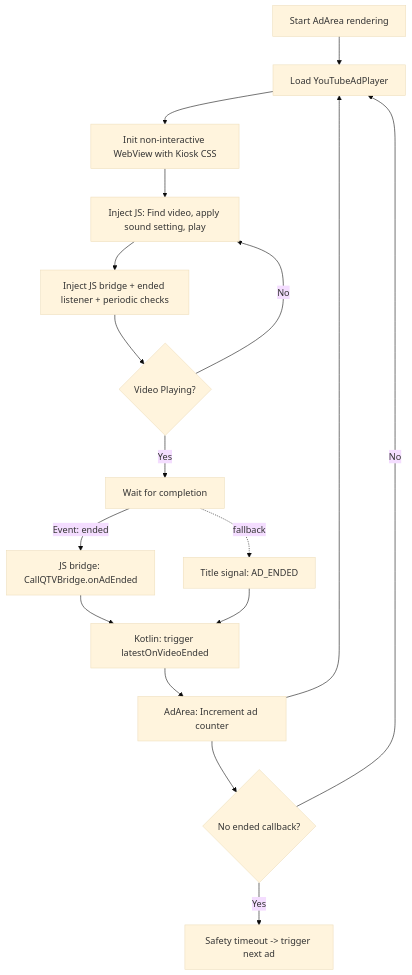
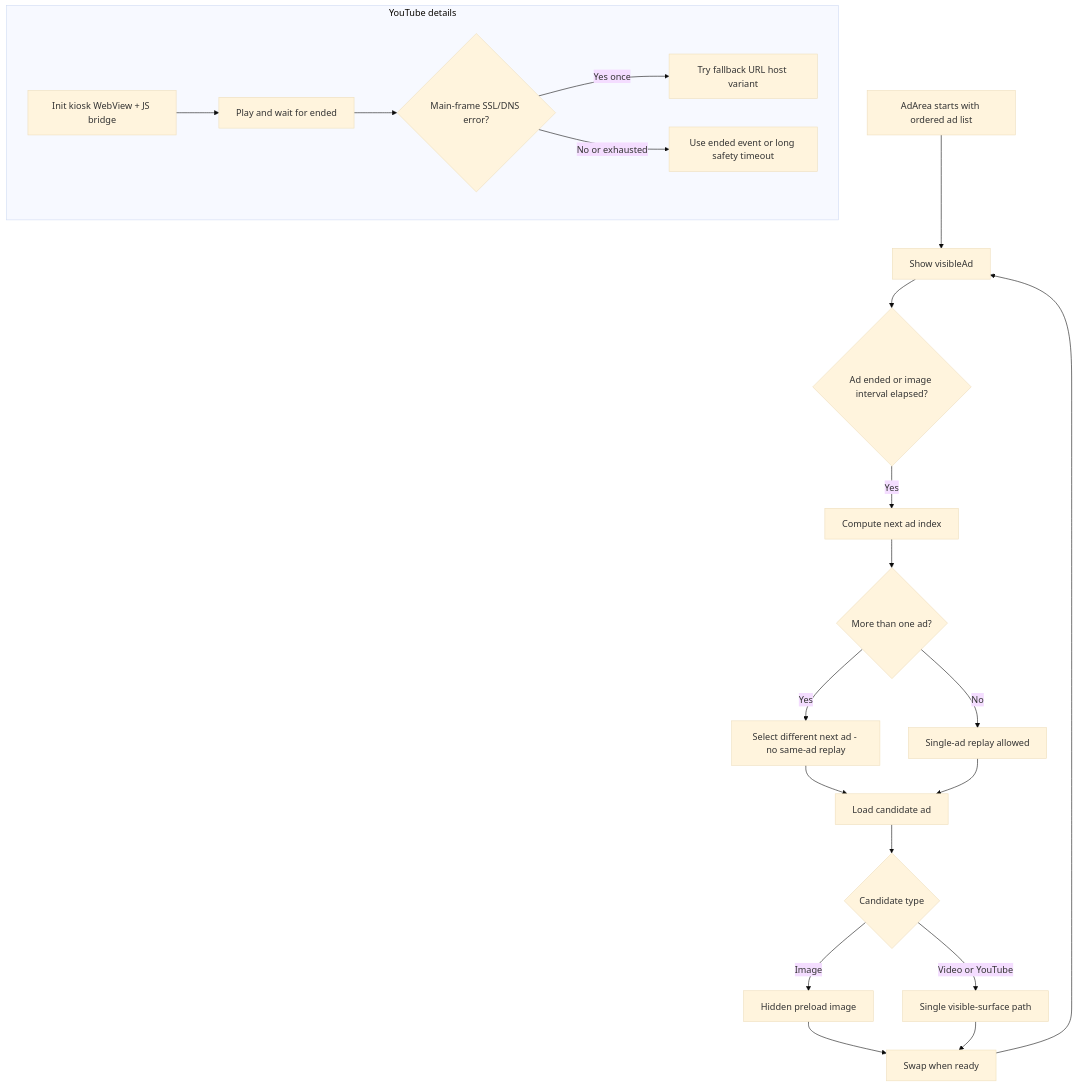
Before and after one commit to AdhiAdithyan/CallQTV: the first of 3 diagrams in docs/FLOWCHARTS.md, drawn with Mermaid (base theme). The commit also changed other lines of this file and 8 other files, not shown here.

````diff
--- a/docs/FLOWCHARTS.md
+++ b/docs/FLOWCHARTS.md
@@ -9,19 +9,24 @@
 ```mermaid
 flowchart TD
-    A[Start AdArea rendering] --> B[Load YouTubeAdPlayer]
-    B --> C[Init non-interactive WebView with Kiosk CSS]
-    C --> D[Inject JS: Find video, apply sound setting, play]
-    D --> E[Inject JS bridge + ended listener + periodic checks]
-    E --> F{Video Playing?}
-    F -->|Yes| G[Wait for completion]
-    F -->|No| D
-    G -- "Event: ended" --> H[JS bridge: CallQTVBridge.onAdEnded]
-    H --> I[Kotlin: trigger latestOnVideoEnded]
-    G -.fallback.-> H2[Title signal: AD_ENDED]
-    H2 --> I
-    I --> J[AdArea: Increment ad counter]
-    J --> K{No ended callback?}
-    K -->|Yes| L[Safety timeout -> trigger next ad]
-    K -->|No| B
-    J --> B
+    A[AdArea starts with ordered ad list] --> B[Show visibleAd]
+    B --> C{Ad ended or image interval elapsed?}
+    C -->|Yes| D[Compute next ad index]
+    D --> E{More than one ad?}
+    E -->|Yes| F[Select different next ad - no same-ad replay]
+    E -->|No| G[Single-ad replay allowed]
+    F --> H[Load candidate ad]
+    G --> H
+    H --> I{Candidate type}
+    I -->|Image| J[Hidden preload image]
+    I -->|Video or YouTube| K[Single visible-surface path]
+    J --> L[Swap when ready]
+    K --> L
+    L --> B
+
+    subgraph YouTubeDetails [YouTube details]
+      Y1[Init kiosk WebView + JS bridge] --> Y2[Play and wait for ended]
+      Y2 --> Y3{Main-frame SSL/DNS error?}
+      Y3 -->|Yes once| Y4[Try fallback URL host variant]
+      Y3 -->|No or exhausted| Y5[Use ended event or long safety timeout]
+    end
 ```
````
